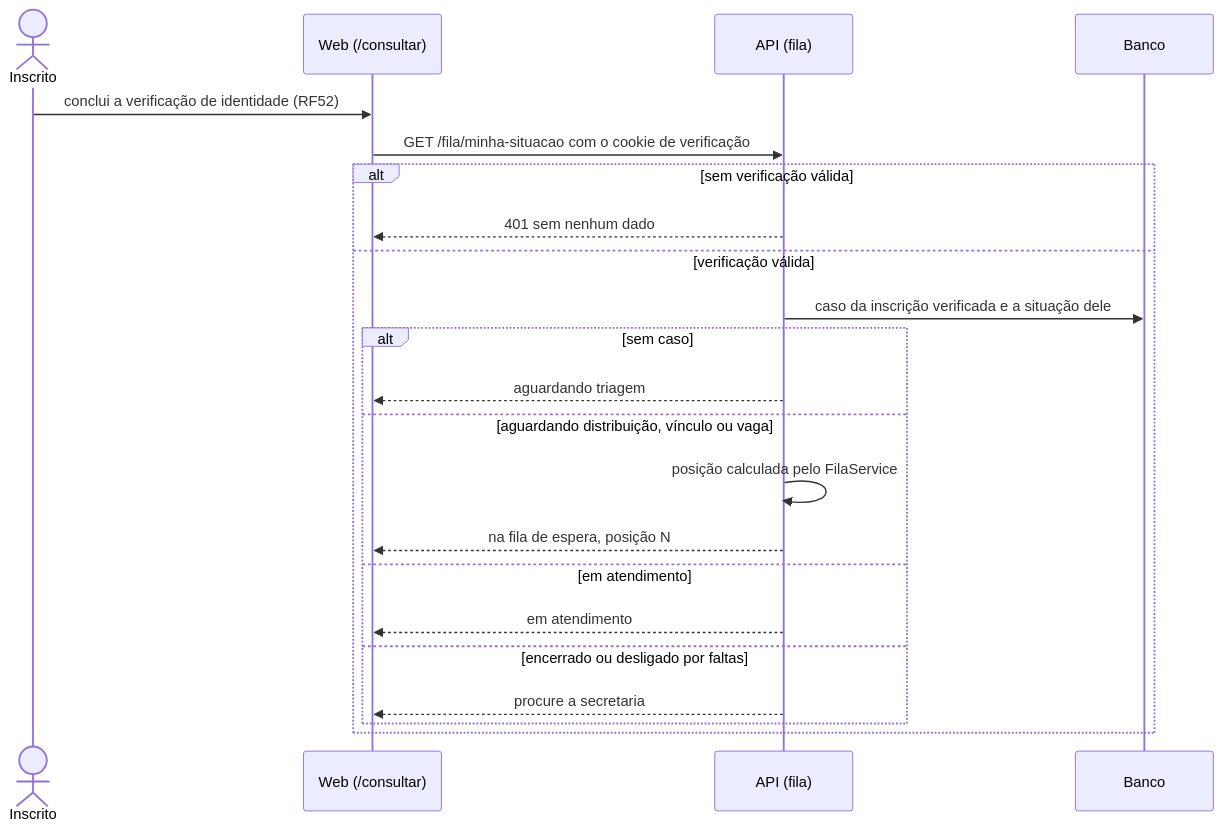
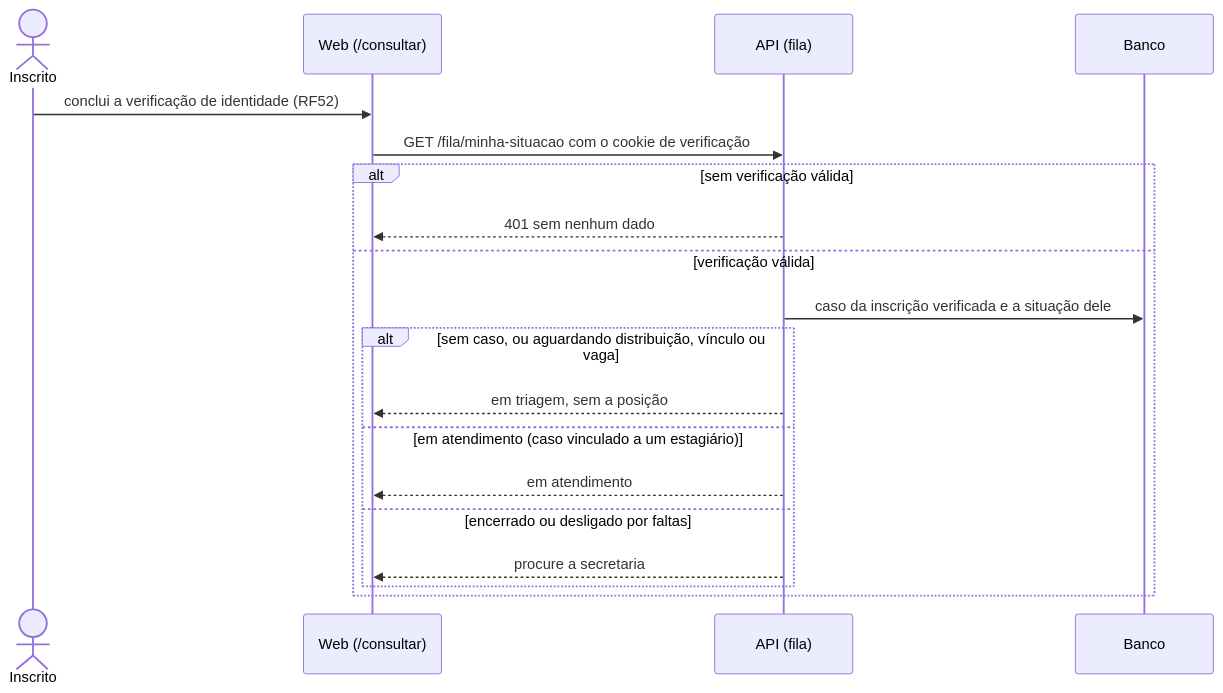
Diagram 15 of 37 in documentacao/docs/construcao/projeto-features.md (mdsreq-fga-unb/REQ-2026.2-T02-ClinicaEscolaFBr), drawn with Mermaid before and after one commit. The commit also changed other lines of this file and 8 other files, not shown here.

````diff
--- a/documentacao/docs/construcao/projeto-features.md
+++ b/documentacao/docs/construcao/projeto-features.md
@@ -756,24 +758,21 @@
 ```mermaid
 sequenceDiagram
     actor P as Inscrito
     participant W as Web (/consultar)
     participant A as API (fila)
     participant DB as Banco
     P->>W: conclui a verificação de identidade (RF52)
     W->>A: GET /fila/minha-situacao com o cookie de verificação
     alt sem verificação válida
         A-->>W: 401 sem nenhum dado
     else verificação válida
         A->>DB: caso da inscrição verificada e a situação dele
-        alt sem caso
-            A-->>W: aguardando triagem
-        else aguardando distribuição, vínculo ou vaga
-            A->>A: posição calculada pelo FilaService
-            A-->>W: na fila de espera, posição N
-        else em atendimento
+        alt sem caso, ou aguardando distribuição, vínculo ou vaga
+            A-->>W: em triagem, sem a posição
+        else em atendimento (caso vinculado a um estagiário)
             A-->>W: em atendimento
         else encerrado ou desligado por faltas
             A-->>W: procure a secretaria
         end
     end
 ```
````
